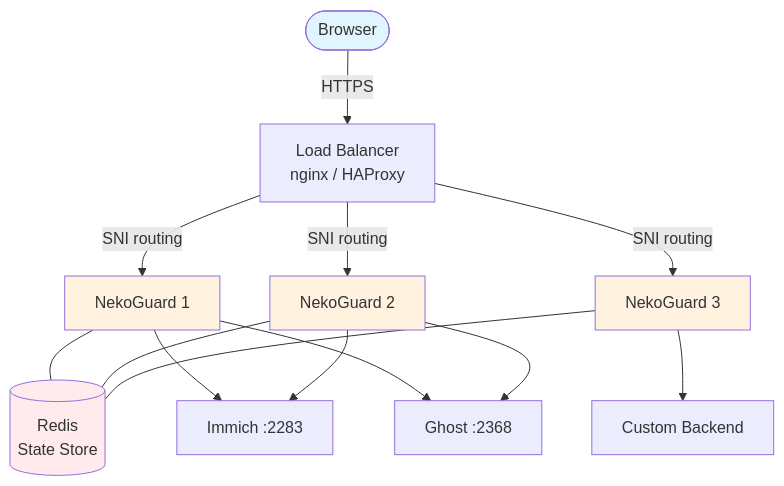
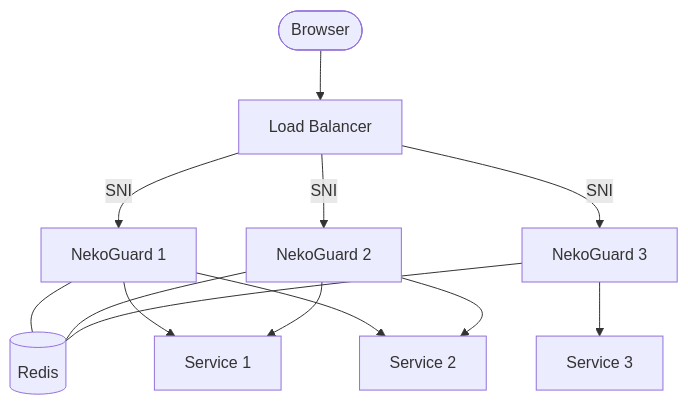
One commit to rawnullbyte/NekoGuard changed the first of 2 diagrams in README.md. Above: the diagram before and after it, drawn with Mermaid. The commit also changed other lines of this file, not shown here.

First line of the commit message:
Fix README: clean graphs, rate limit cascade example, no emojis

````diff
--- a/README.md
+++ b/README.md
@@ -26,21 +26,15 @@
 ```mermaid
 flowchart TB
-    Browser([Browser]) -->|HTTPS| LB[Load Balancer\nnginx / HAProxy]
-    LB -->|SNI routing| NG1[NekoGuard 1]
-    LB -->|SNI routing| NG2[NekoGuard 2]
-    LB -->|SNI routing| NG3[NekoGuard 3]
-    NG1 --- Redis[(Redis\nState Store)]
+    Browser([Browser]) --> LB[Load Balancer]
+    LB -->|SNI| NG[NekoGuard 1]
+    LB -->|SNI| NG2[NekoGuard 2]
+    LB -->|SNI| NG3[NekoGuard 3]
+    NG --- Redis[(Redis)]
     NG2 --- Redis
     NG3 --- Redis
-    NG1 --> Immich[Immich :2283]
-    NG1 --> Ghost[Ghost :2368]
-    NG2 --> Immich
-    NG2 --> Ghost
-    NG3 --> Custom[Custom Backend]
-
-    style Browser fill:#e1f5fe
-    style NG1 fill:#fff3e0
-    style NG2 fill:#fff3e0
-    style NG3 fill:#fff3e0
-    style Redis fill:#ffebee
+    NG --> S1[Service 1]
+    NG --> S2[Service 2]
+    NG2 --> S1
+    NG2 --> S2
+    NG3 --> S3[Service 3]
 ```
````
